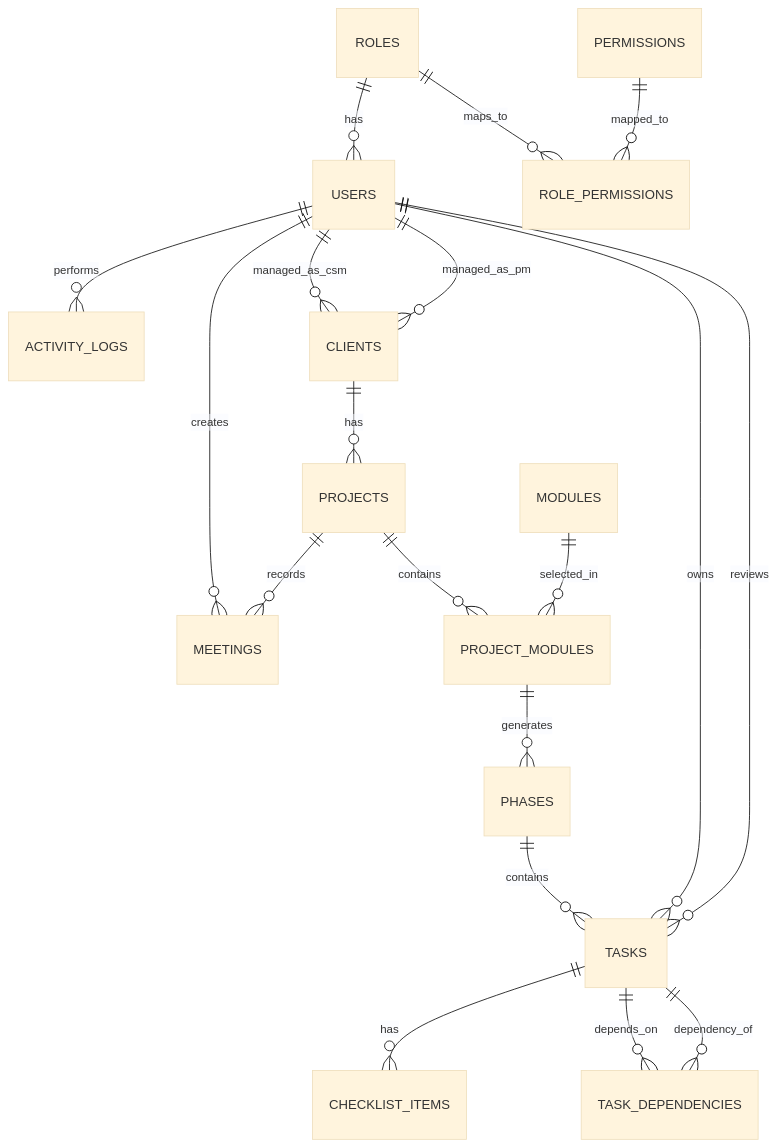
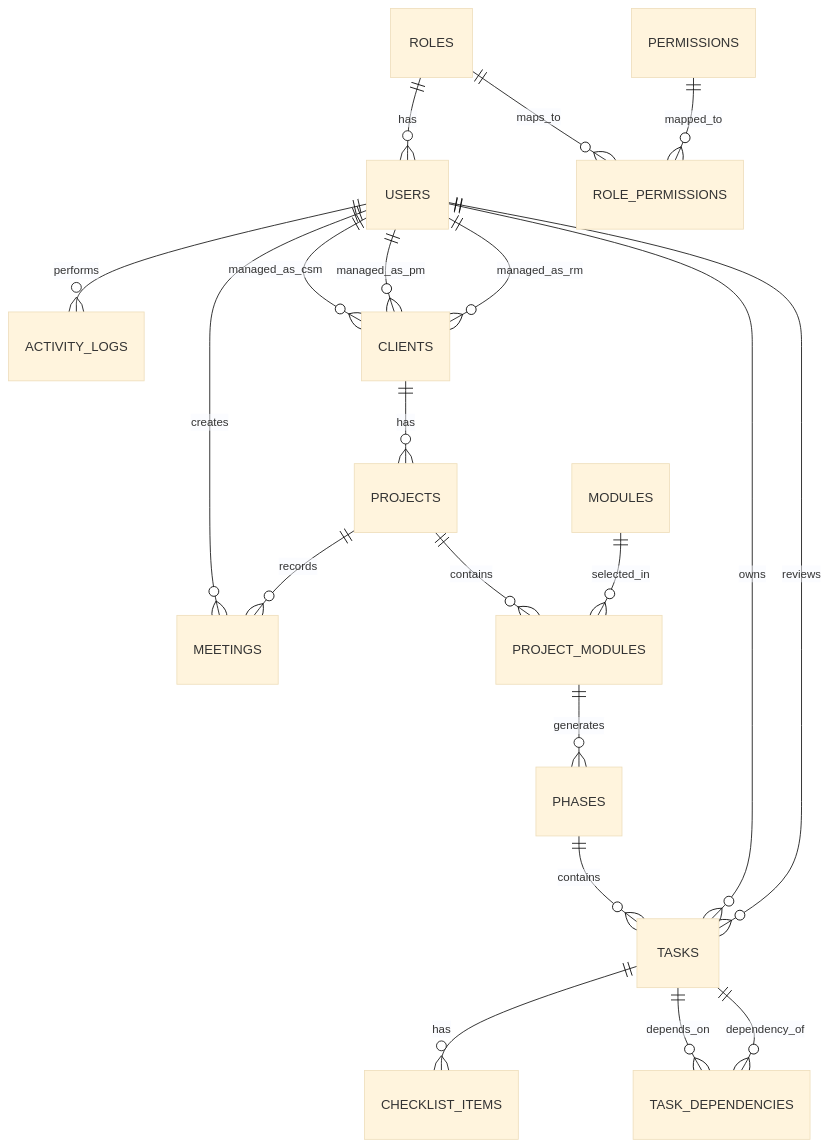
Before and after one commit to SurajShettty/ImpManSys: the diagram in docs/IMS_ERD.md, drawn with Mermaid (base theme). The commit also changed other lines of this file and 8 other files, not shown here.

Commit message:
feat: add client tracker and task fields to models, schemas, and UI components

````diff
--- a/docs/IMS_ERD.md
+++ b/docs/IMS_ERD.md
@@ -11,21 +11,22 @@
 ```mermaid
 erDiagram
     ROLES ||--o{ USERS : has
     ROLES ||--o{ ROLE_PERMISSIONS : maps_to
     PERMISSIONS ||--o{ ROLE_PERMISSIONS : mapped_to
     USERS ||--o{ ACTIVITY_LOGS : performs
     USERS ||--o{ MEETINGS : creates
     USERS ||--o{ CLIENTS : managed_as_csm
     USERS ||--o{ CLIENTS : managed_as_pm
+    USERS ||--o{ CLIENTS : managed_as_rm
     CLIENTS ||--o{ PROJECTS : has
     PROJECTS ||--o{ PROJECT_MODULES : contains
     PROJECTS ||--o{ MEETINGS : records
     MODULES ||--o{ PROJECT_MODULES : selected_in
     PROJECT_MODULES ||--o{ PHASES : generates
     PHASES ||--o{ TASKS : contains
     TASKS ||--o{ CHECKLIST_ITEMS : has
     TASKS ||--o{ TASK_DEPENDENCIES : depends_on
     TASKS ||--o{ TASK_DEPENDENCIES : dependency_of
     USERS ||--o{ TASKS : owns
     USERS ||--o{ TASKS : reviews
 ```
````
